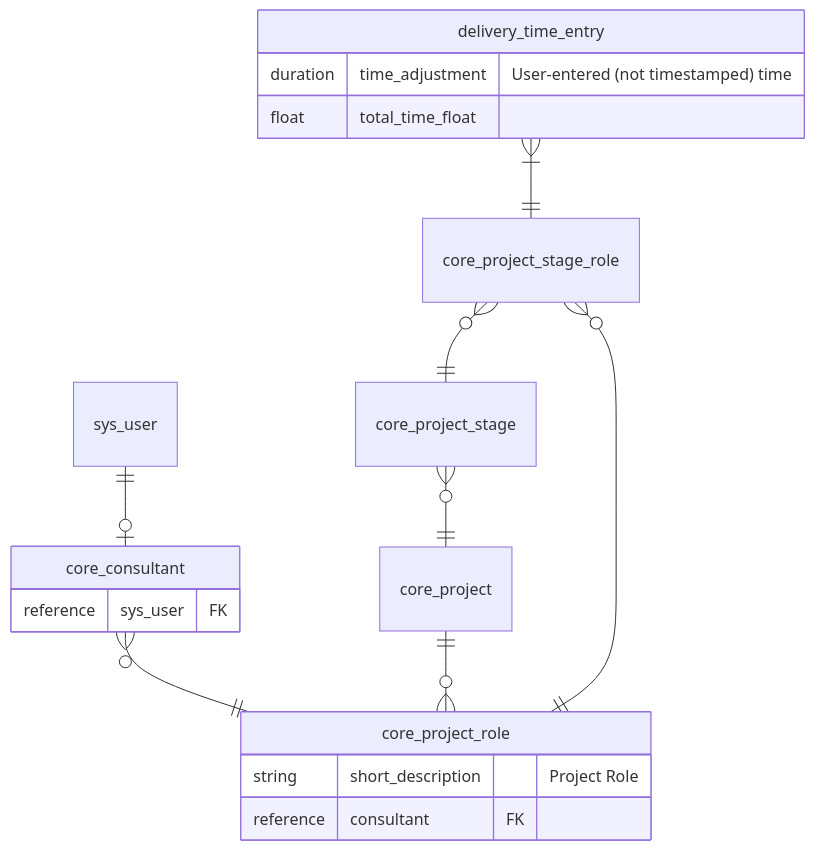
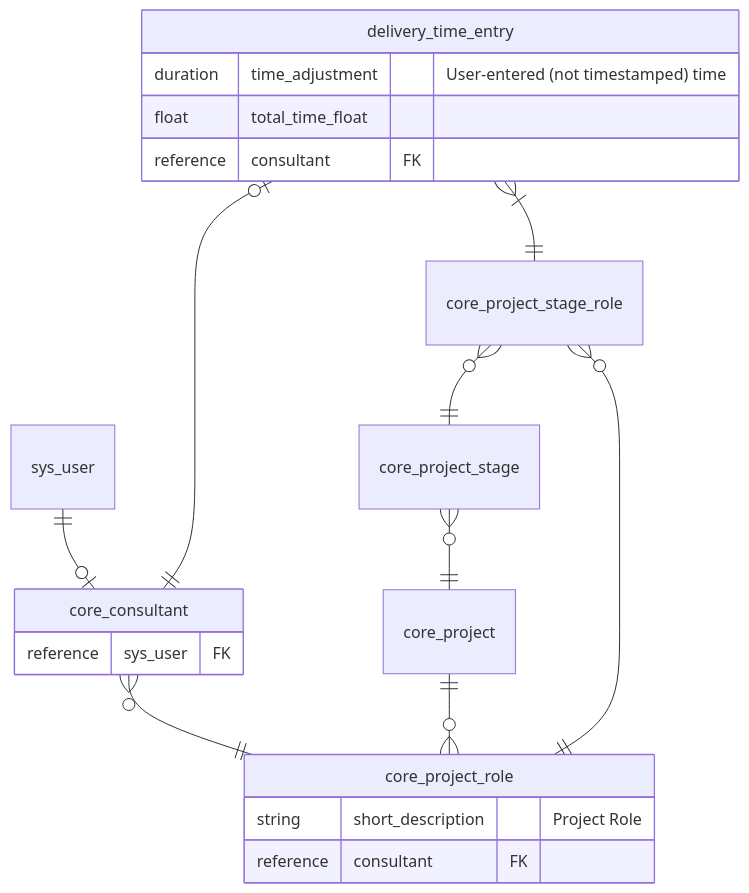
The diagram in README.md (esolutionsone/timesheet-app), drawn with Mermaid before and after one commit.

Commit message:
more erd edits

````diff
--- a/README.md
+++ b/README.md
@@ -39,25 +39,27 @@
 ```mermaid
 erDiagram
 
 delivery_time_entry }|--|| core_project_stage_role : ""
 core_project_stage_role }o--|| core_project_stage : ""
 core_project_stage }o--|| core_project: ""
 core_consultant }o--|| core_project_role : ""
 core_project_role ||--o{ core_project_stage_role : ""
 sys_user ||--o| core_consultant : ""
 core_project ||--o{ core_project_role : ""
+delivery_time_entry |o--|| core_consultant : ""
 
 
 delivery_time_entry {
     duration time_adjustment "User-entered (not timestamped) time"
     float total_time_float
+    reference consultant FK
 }
 core_consultant {
     reference sys_user FK
 }
 core_project_role {
     string short_description "Project Role"
     reference consultant FK
 }
 
 ```
````
